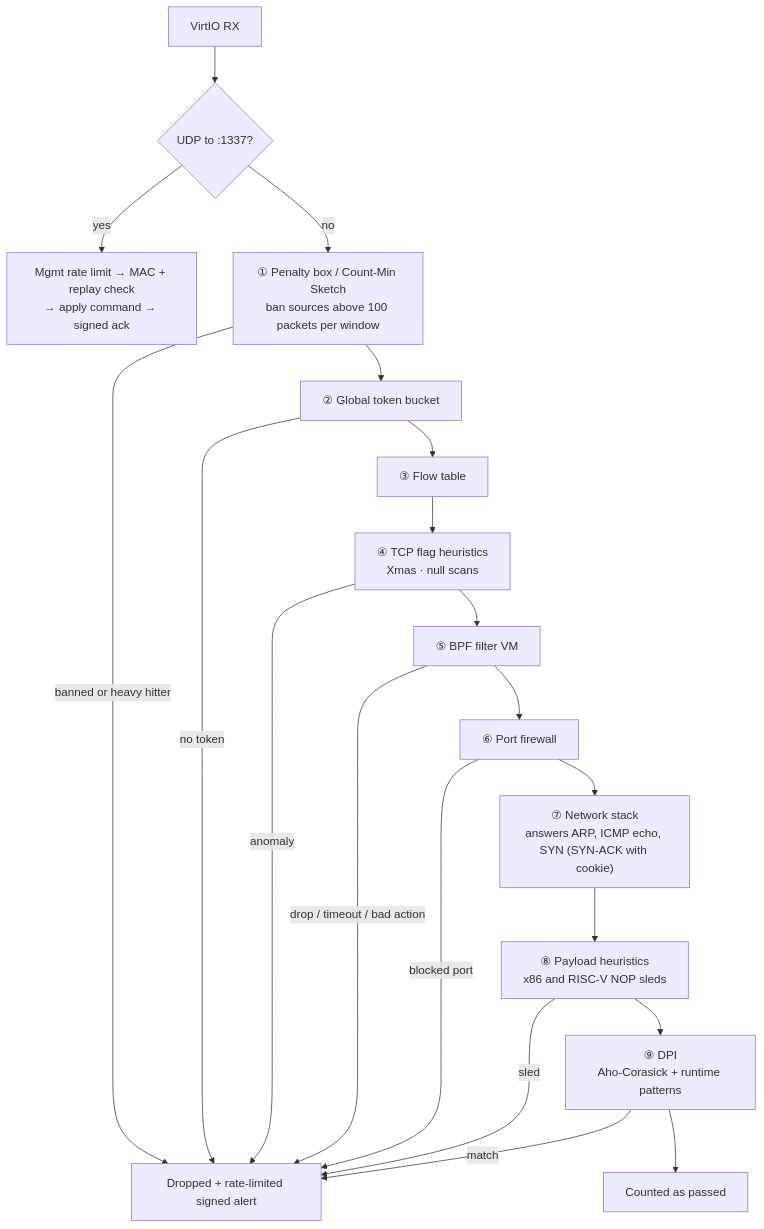
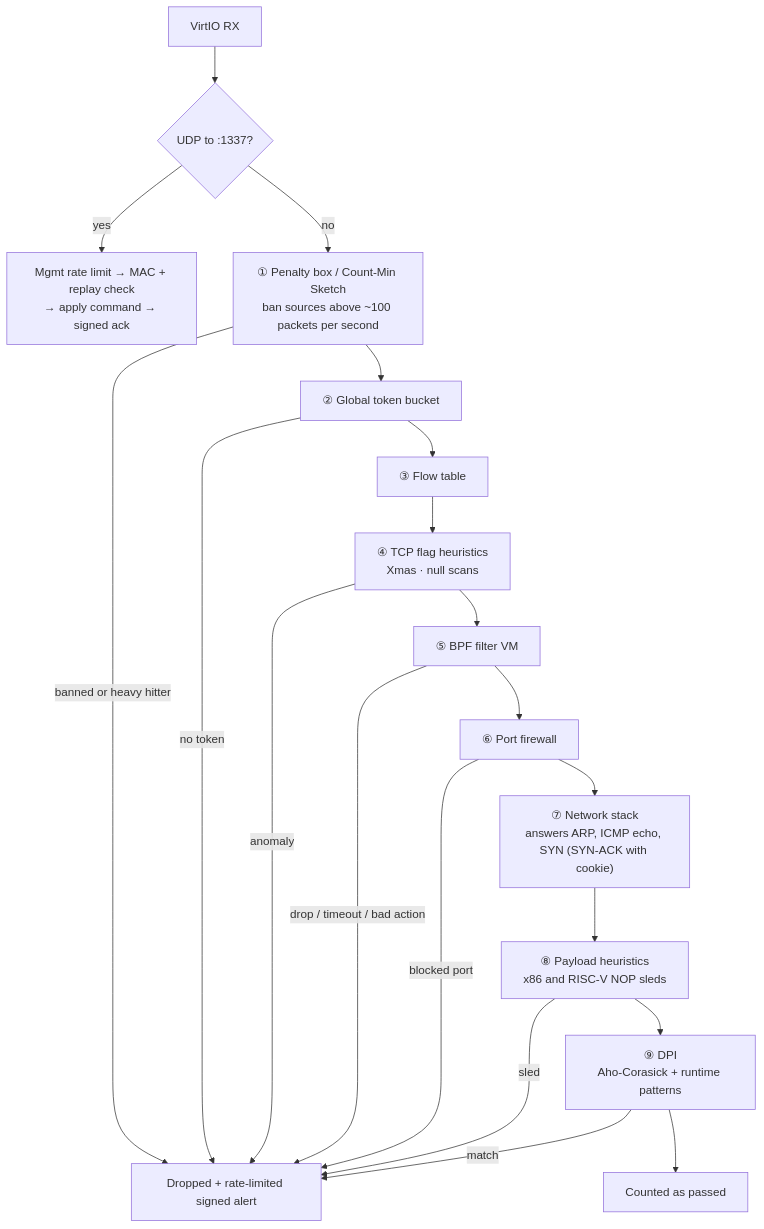
Before and after one commit to willmccallion/riscv-security-unikernel: the second of 2 diagrams in README.md, drawn with Mermaid. The commit also changed other lines of this file and 8 other files, not shown here.

````diff
--- a/README.md
+++ b/README.md
@@ -47,35 +47,35 @@
 ```mermaid
 flowchart TD
     RX["VirtIO RX"]
     MG{"UDP to :1337?"}
     ML["Mgmt rate limit → MAC + replay check<br/>→ apply command → signed ack"]
-    PB["① Penalty box / Count-Min Sketch<br/>ban sources above 100 packets per window"]
+    PB["① Penalty box / Count-Min Sketch<br/>ban sources above ~100 packets per second"]
     TB["② Global token bucket"]
     FT["③ Flow table"]
     TF["④ TCP flag heuristics<br/>Xmas · null scans"]
     BPF["⑤ BPF filter VM"]
     FW["⑥ Port firewall"]
     ST["⑦ Network stack<br/>answers ARP, ICMP echo, SYN (SYN-ACK with cookie)"]
     HP["⑧ Payload heuristics<br/>x86 and RISC-V NOP sleds"]
     DPI["⑨ DPI<br/>Aho-Corasick + runtime patterns"]
     PASS["Counted as passed"]
     DROP["Dropped + rate-limited signed alert"]
 
     RX --> MG
     MG -->|yes| ML
     MG -->|no| PB
     PB -->|banned or heavy hitter| DROP
     PB --> TB
     TB -->|no token| DROP
     TB --> FT --> TF
     TF -->|anomaly| DROP
     TF --> BPF
     BPF -->|drop / timeout / bad action| DROP
     BPF --> FW
     FW -->|blocked port| DROP
     FW --> ST --> HP
     HP -->|sled| DROP
     HP --> DPI
     DPI -->|match| DROP
     DPI --> PASS
 ```
````
